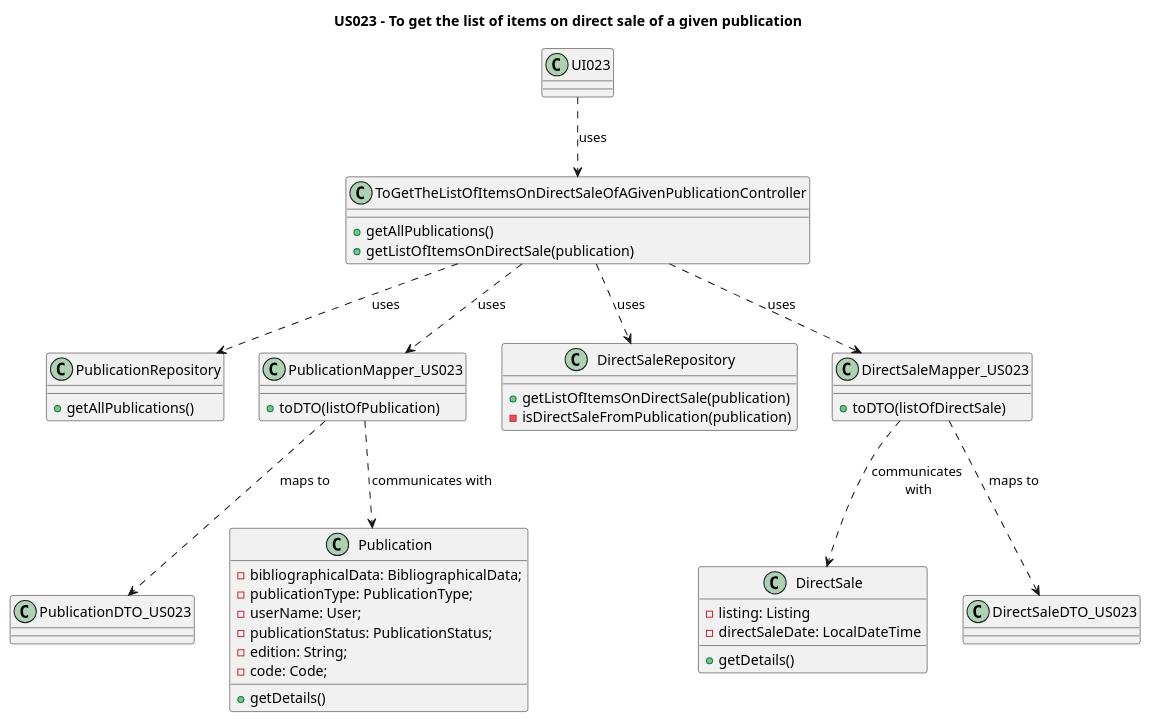
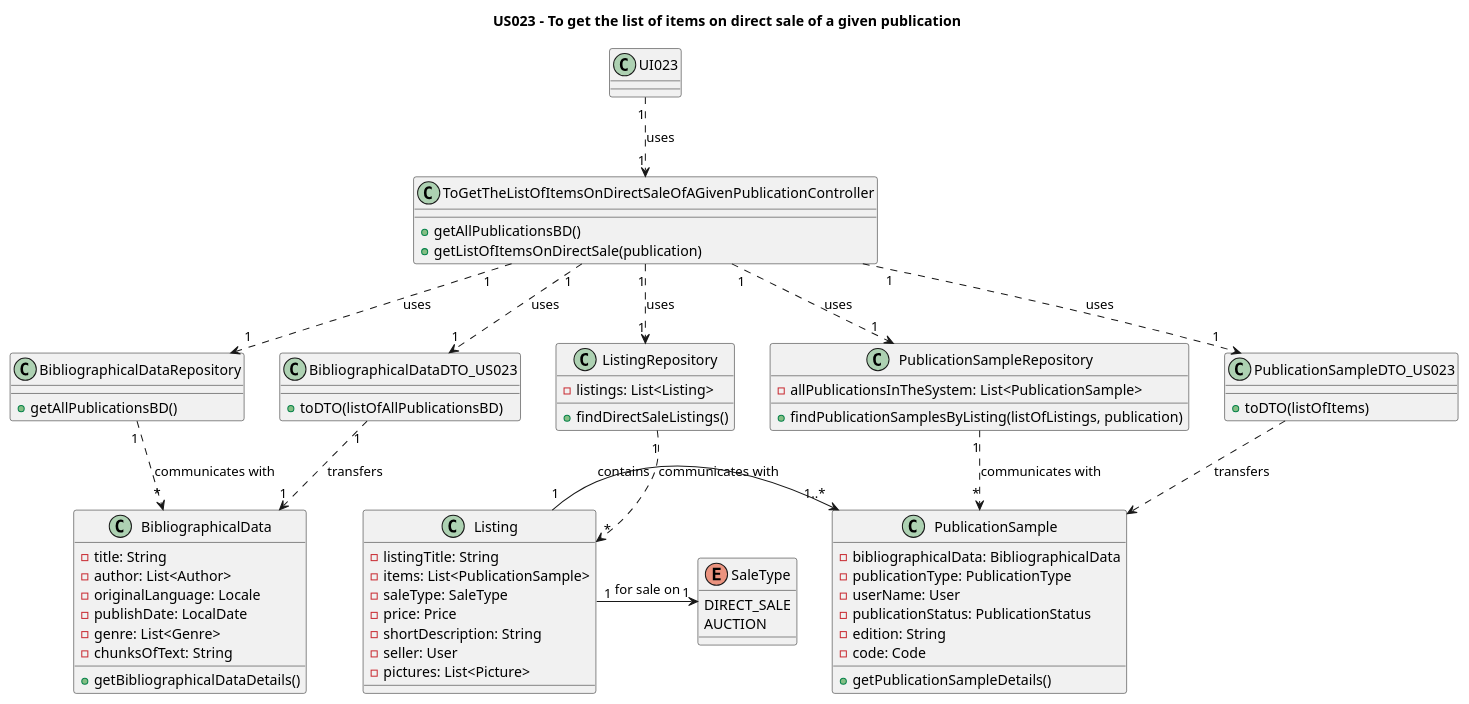
The diagram in Diagrams/ClassDiagrams/US023-to-get-the-list-of-items-on-direct-sale-of-a-given-publication.puml (AndrePereiraGitH/SWitCH-Project-Team_A), drawn with PlantUML before and after one commit. The commit also changed 1 other file, not shown here.

```diff
--- a/Diagrams/ClassDiagrams/US023-to-get-the-list-of-items-on-direct-sale-of-a-given-publication.puml
+++ b/Diagrams/ClassDiagrams/US023-to-get-the-list-of-items-on-direct-sale-of-a-given-publication.puml
@@ -1,67 +1,94 @@
 @startuml
 title US023 - To get the list of items on direct sale of a given publication
 
 class UI023{
 }
 
 class ToGetTheListOfItemsOnDirectSaleOfAGivenPublicationController {
-  +getAllPublications()
+  +getAllPublicationsBD()
   +getListOfItemsOnDirectSale(publication)
 }
 
-class PublicationRepository{
-    +getAllPublications()
+class BibliographicalDataRepository{
+    +getAllPublicationsBD()
 }
 
-class PublicationDTO_US023 {
+class BibliographicalDataDTO_US023 {
+  +toDTO(listOfAllPublicationsBD)
 }
 
-class PublicationMapper_US023 {
-  +toDTO(listOfPublication)
+class BibliographicalData {
+    - title: String
+    - author: List<Author>
+    - originalLanguage: Locale
+    - publishDate: LocalDate
+    - genre: List<Genre>
+    - chunksOfText: String
+    + getBibliographicalDataDetails()
 }
 
-class Publication {
-    - bibliographicalData: BibliographicalData;
-    - publicationType: PublicationType;
-    - userName: User;
-    - publicationStatus: PublicationStatus;
-    - edition: String;
-    - code: Code;
-    +getDetails()
+class ListingRepository  {
+    - listings: List<Listing>
+    + findDirectSaleListings()
 }
 
-class DirectSaleRepository {
-  +getListOfItemsOnDirectSale(publication)
-  -isDirectSaleFromPublication(publication)
+class PublicationSampleRepository {
+    - allPublicationsInTheSystem: List<PublicationSample>
+    + findPublicationSamplesByListing(listOfListings, publication)
 }
 
-
-class DirectSale {
-  - listing: Listing
-  - directSaleDate: LocalDateTime
-  +getDetails()
+class PublicationSampleDTO_US023 {
+    +toDTO(listOfItems)
 }
 
-class DirectSaleMapper_US023 {
-  +toDTO(listOfDirectSale)
+class PublicationSample {
+    - bibliographicalData: BibliographicalData
+    - publicationType: PublicationType
+    - userName: User
+    - publicationStatus: PublicationStatus
+    - edition: String
+    - code: Code
+    + getPublicationSampleDetails()
 }
 
-class DirectSaleDTO_US023 {
+class Listing {
+    - listingTitle: String
+    - items: List<PublicationSample>
+    - saleType: SaleType
+    - price: Price
+    - shortDescription: String
+    - seller: User
+    - pictures: List<Picture>
+}
+
+enum SaleType {
+    DIRECT_SALE
+    AUCTION
 }
 
 ' Interactions
 
-UI023 ..> ToGetTheListOfItemsOnDirectSaleOfAGivenPublicationController : uses
+UI023 "1" ..> "1" ToGetTheListOfItemsOnDirectSaleOfAGivenPublicationController : uses
 
-ToGetTheListOfItemsOnDirectSaleOfAGivenPublicationController ..> DirectSaleRepository : uses
-ToGetTheListOfItemsOnDirectSaleOfAGivenPublicationController ..> PublicationRepository: uses
-ToGetTheListOfItemsOnDirectSaleOfAGivenPublicationController ..> DirectSaleMapper_US023 : uses
-ToGetTheListOfItemsOnDirectSaleOfAGivenPublicationController ..> PublicationMapper_US023 : uses
+ToGetTheListOfItemsOnDirectSaleOfAGivenPublicationController "1" ..> "1" BibliographicalDataRepository: uses
+ToGetTheListOfItemsOnDirectSaleOfAGivenPublicationController "1" ..> "1" BibliographicalDataDTO_US023 : uses
+ToGetTheListOfItemsOnDirectSaleOfAGivenPublicationController "1" ..> "1" ListingRepository : uses
+ToGetTheListOfItemsOnDirectSaleOfAGivenPublicationController "1" ..> "1" PublicationSampleRepository : uses
+ToGetTheListOfItemsOnDirectSaleOfAGivenPublicationController "1" ..> "1" PublicationSampleDTO_US023 : uses
 
-PublicationMapper_US023 ..> PublicationDTO_US023 : maps to
-PublicationMapper_US023 ..> Publication : communicates with
+BibliographicalDataRepository "1" ..> "*" BibliographicalData : communicates with
 
-DirectSaleMapper_US023 ..> DirectSaleDTO_US023 : maps to
-DirectSaleMapper_US023 ..> DirectSale : communicates\n with
+BibliographicalDataDTO_US023 "1" ..> "1" BibliographicalData : transfers
+
+ListingRepository "1" ..> "*" Listing: communicates with
+
+PublicationSampleRepository "1" ..> "*" PublicationSample: communicates with
+
+PublicationSampleDTO_US023 ..> PublicationSample : transfers
+
+' Domain classes interactions
+
+Listing "1" -> "1..*" PublicationSample: contains
+Listing "1" -> "1" SaleType: for sale on
 
 @enduml
```
